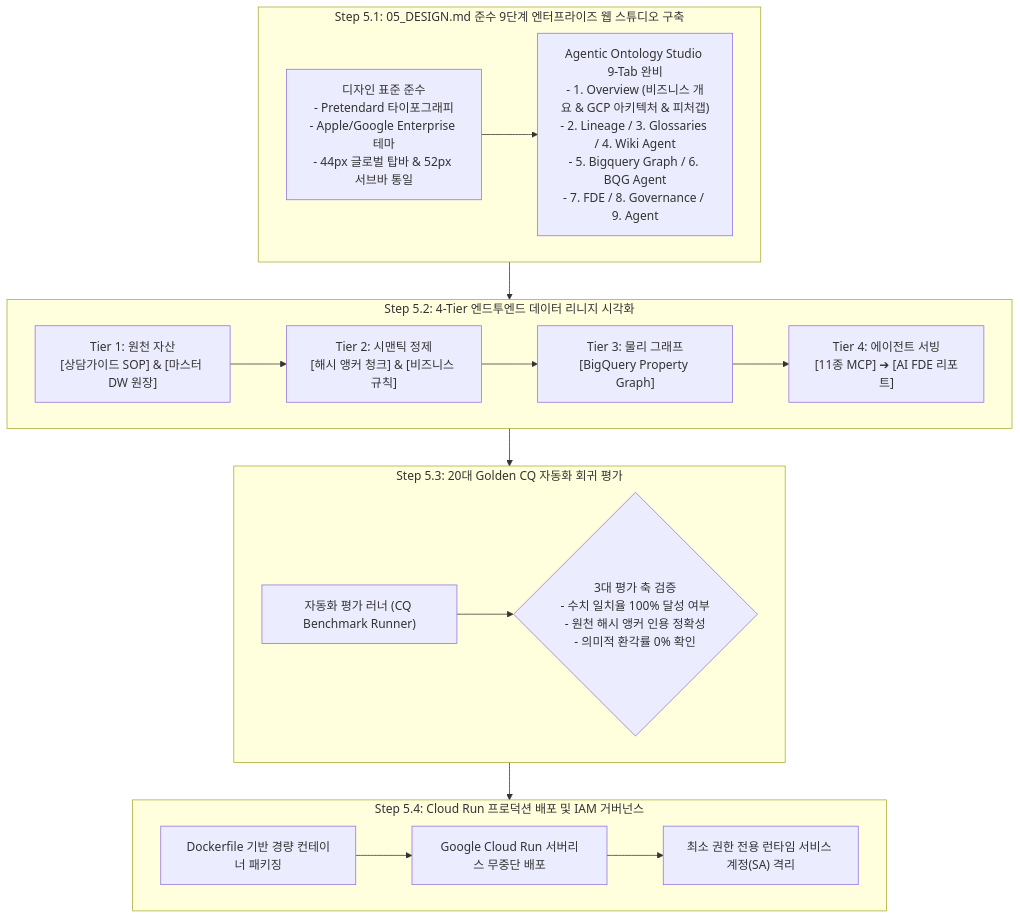
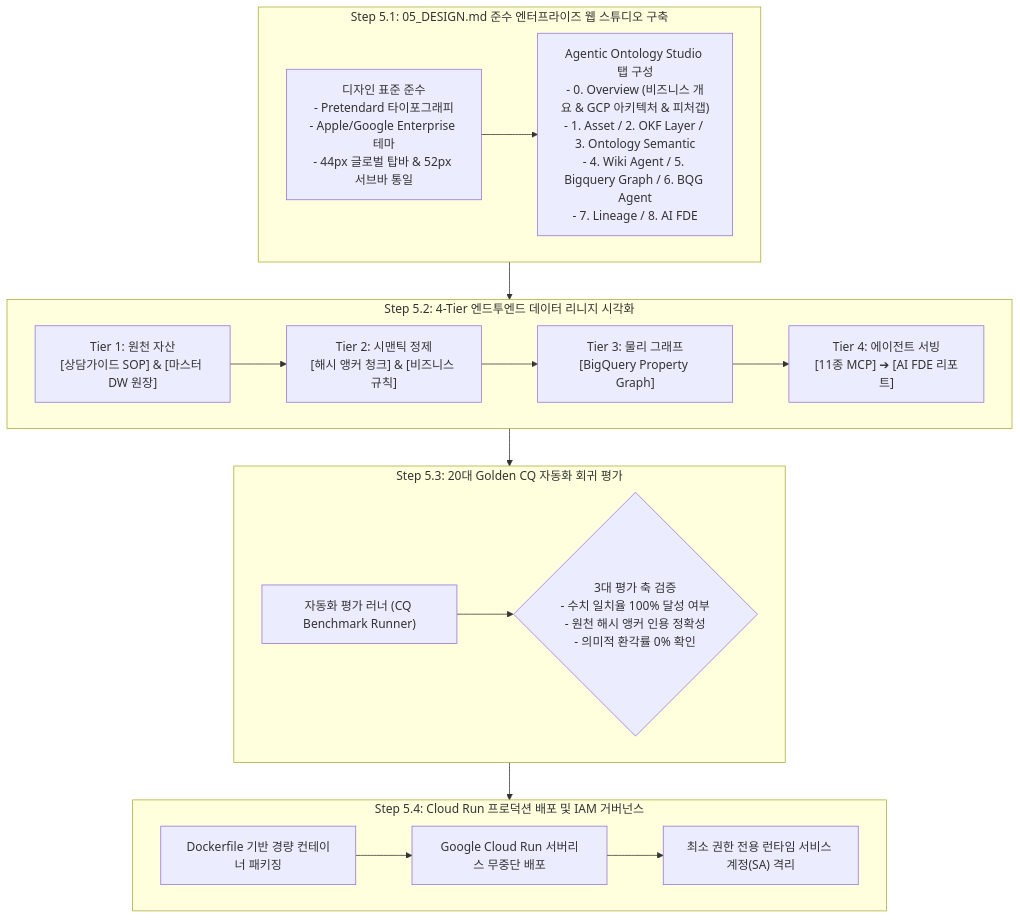
One commit to seanjungG/agentic-ontology-starter changed the diagram in methodology/05_enterprise_studio_and_deployment_ko.md. Above: the diagram before and after it, drawn with Mermaid. The commit also changed other lines of this file and 20 other files, not shown here.

````diff
--- a/methodology/05_enterprise_studio_and_deployment_ko.md
+++ b/methodology/05_enterprise_studio_and_deployment_ko.md
@@ -14,31 +14,31 @@
 ```mermaid
 flowchart TD
-    subgraph Step1 ["Step 5.1: 05_DESIGN.md 준수 9단계 엔터프라이즈 웹 스튜디오 구축"]
+    subgraph Step1 ["Step 5.1: 05_DESIGN.md 준수 엔터프라이즈 웹 스튜디오 구축"]
         DesignToken["디자인 표준 준수<br/>- Pretendard 타이포그래피<br/>- Apple/Google Enterprise 테마<br/>- 44px 글로벌 탑바 & 52px 서브바 통일"]
-        Studios["Agentic Ontology Studio 9-Tab 완비<br/>- 1. Overview (비즈니스 개요 & GCP 아키텍처 & 피처갭)<br/>- 2. Lineage / 3. Glossaries / 4. Wiki Agent<br/>- 5. Bigquery Graph / 6. BQG Agent<br/>- 7. FDE / 8. Governance / 9. Agent"]
+        Studios["Agentic Ontology Studio 탭 구성<br/>- 0. Overview (비즈니스 개요 & GCP 아키텍처 & 피처갭)<br/>- 1. Asset / 2. OKF Layer / 3. Ontology Semantic<br/>- 4. Wiki Agent / 5. Bigquery Graph / 6. BQG Agent<br/>- 7. Lineage / 8. AI FDE"]
         DesignToken --> Studios
     end
 
     subgraph Step2 ["Step 5.2: 4-Tier 엔드투엔드 데이터 리니지 시각화"]
         T1["Tier 1: 원천 자산<br/>[상담가이드 SOP] & [마스터 DW 원장]"]
         T2["Tier 2: 시맨틱 정제<br/>[해시 앵커 청크] & [비즈니스 규칙]"]
         T3["Tier 3: 물리 그래프<br/>[BigQuery Property Graph]"]
         T4["Tier 4: 에이전트 서빙<br/>[11종 MCP] ➔ [AI FDE 리포트]"]
         T1 --> T2 --> T3 --> T4
     end
 
     subgraph Step3 ["Step 5.3: 20대 Golden CQ 자동화 회귀 평가"]
         EvalEngine["자동화 평가 러너 (CQ Benchmark Runner)"]
         Metrics{"3대 평가 축 검증<br/>- 수치 일치율 100% 달성 여부<br/>- 원천 해시 앵커 인용 정확성<br/>- 의미적 환각률 0% 확인"}
         EvalEngine --> Metrics
     end
 
     subgraph Step4 ["Step 5.4: Cloud Run 프로덕션 배포 및 IAM 거버넌스"]
         Container["Dockerfile 기반 경량 컨테이너 패키징"]
         CloudRun["Google Cloud Run 서버리스 무중단 배포"]
         IAM_Check["최소 권한 전용 런타임 서비스 계정(SA) 격리"]
         Container --> CloudRun --> IAM_Check
     end
 
     Step1 --> Step2 --> Step3 --> Step4
 ```
````
